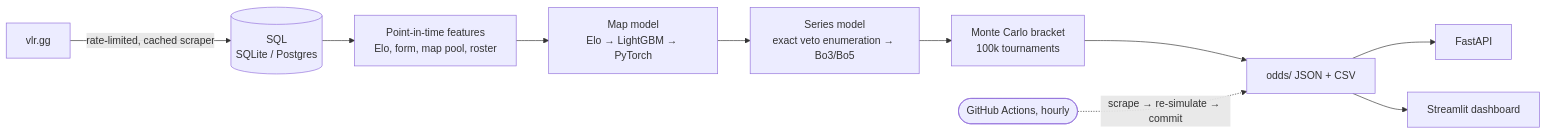
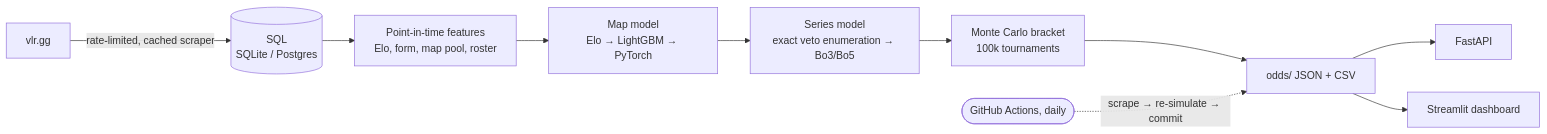
The diagram in README.md (JasSaini101/2026__Val_Champs_Model), drawn with Mermaid before and after one commit. The commit also changed other lines of this file and 13 other files, not shown here.

First line of the commit message:
Update odds daily at noon ET, chart them by day, add a How it works tab

````diff
--- a/README.md
+++ b/README.md
@@ -11,12 +11,12 @@
 ```mermaid
 flowchart LR
     A[vlr.gg] -->|rate-limited, cached scraper| B[(SQL<br/>SQLite / Postgres)]
     B --> C[Point-in-time features<br/>Elo, form, map pool, roster]
     C --> D[Map model<br/>Elo → LightGBM → PyTorch]
     D --> E[Series model<br/>exact veto enumeration → Bo3/Bo5]
     E --> F[Monte Carlo bracket<br/>100k tournaments]
     F --> G[odds/ JSON + CSV]
     G --> H[FastAPI]
     G --> I[Streamlit dashboard]
-    J([GitHub Actions, hourly]) -.->|scrape → re-simulate → commit| G
+    J([GitHub Actions, daily]) -.->|scrape → re-simulate → commit| G
 ```
````
